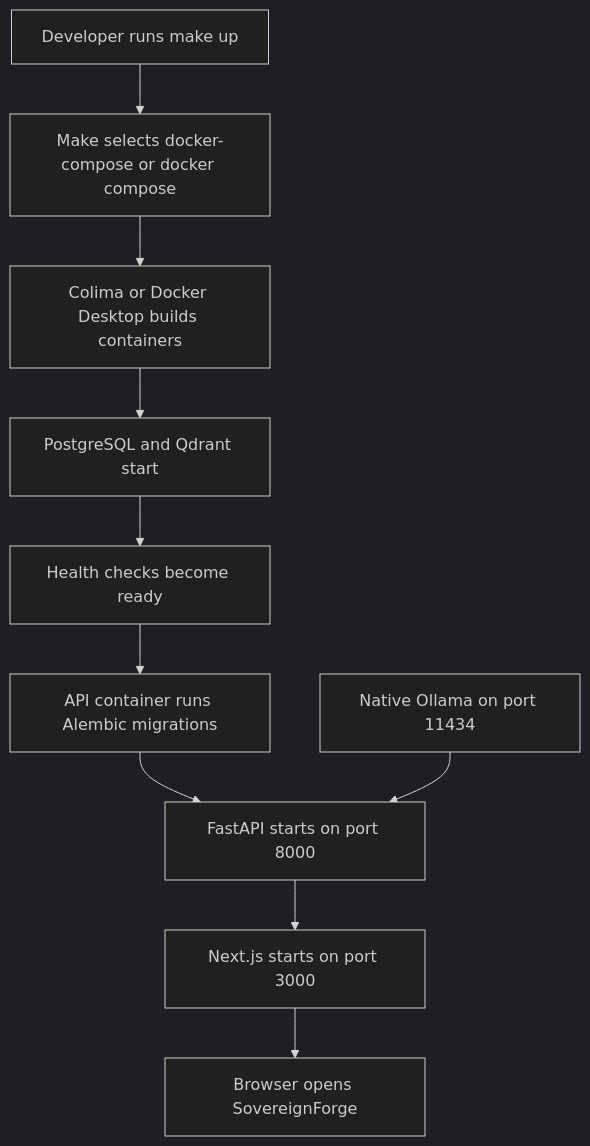
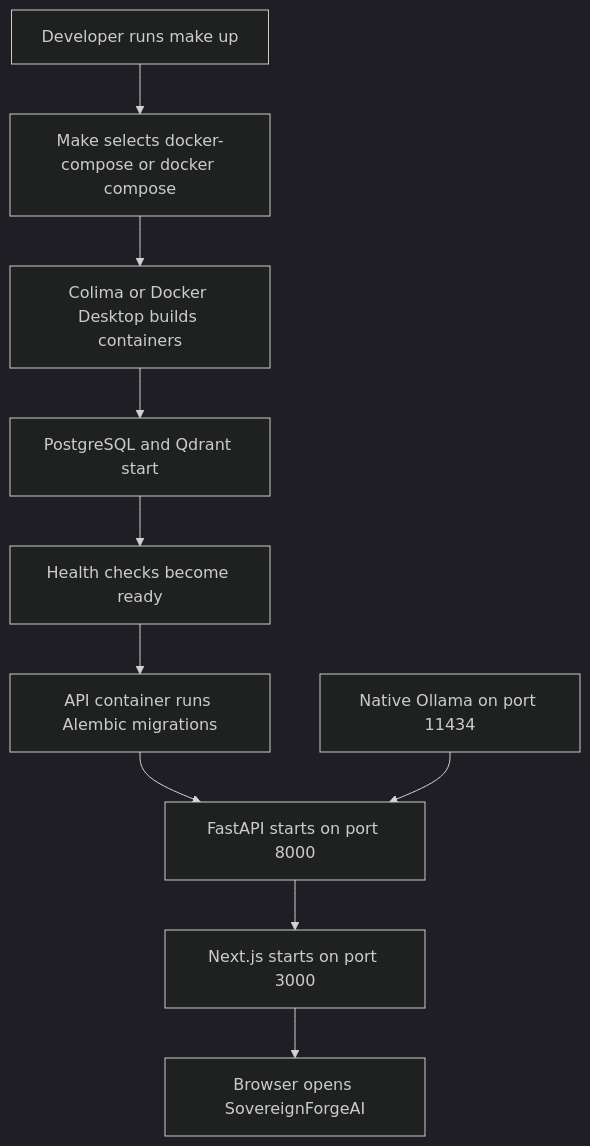
The first of 2 diagrams in docs/19-setup-and-run-guide.md (soumanpaul/SOVEREIGN-AI), drawn with Mermaid (dark theme) before and after one commit. The commit also changed other lines of this file and 42 other files, not shown here.

````diff
--- a/docs/19-setup-and-run-guide.md
+++ b/docs/19-setup-and-run-guide.md
@@ -320,12 +320,12 @@
 ```mermaid
 flowchart TD
     A[Developer runs make up] --> B[Make selects docker-compose or docker compose]
     B --> C[Colima or Docker Desktop builds containers]
     C --> D[PostgreSQL and Qdrant start]
     D --> E[Health checks become ready]
     E --> F[API container runs Alembic migrations]
     F --> G[FastAPI starts on port 8000]
     G --> H[Next.js starts on port 3000]
     I[Native Ollama on port 11434] --> G
-    H --> J[Browser opens SovereignForge]
+    H --> J[Browser opens SovereignForgeAI]
 ```
````
